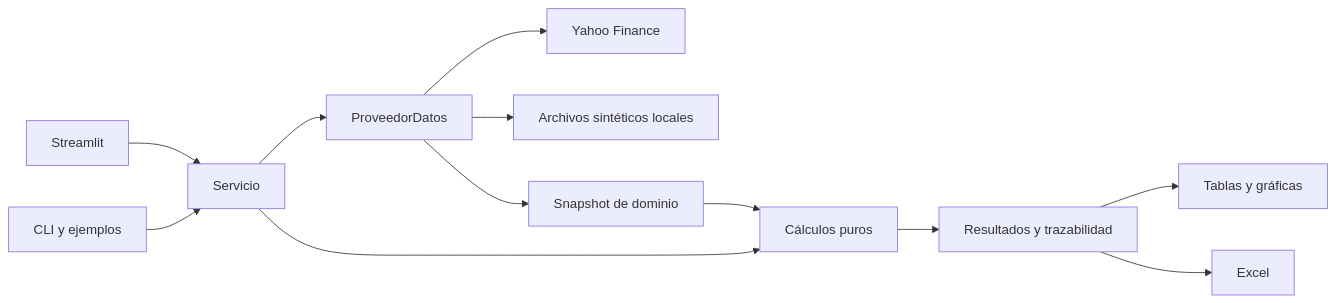
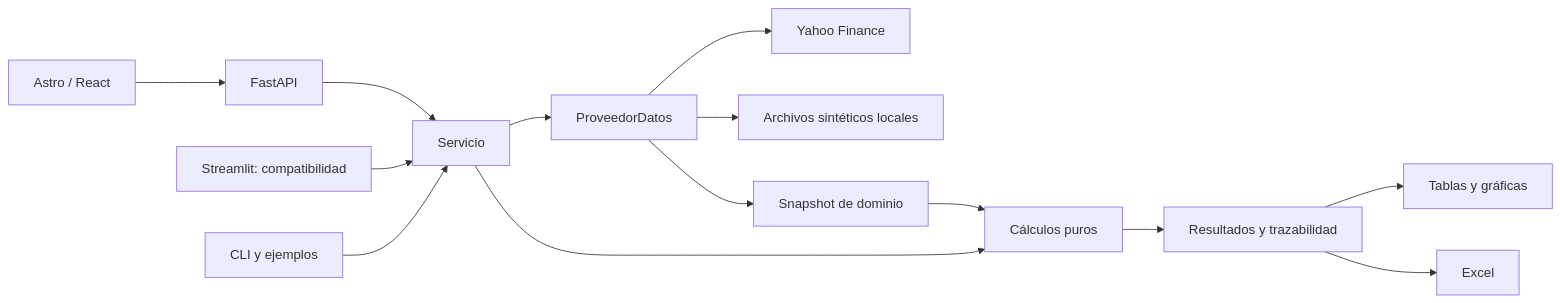
Before and after one commit to adndvlp/IntVal: the diagram in README.md, drawn with Mermaid. The commit also changed other lines of this file and 46 other files, not shown here.

````diff
--- a/README.md
+++ b/README.md
@@ -77,14 +82,16 @@
 ```mermaid
 flowchart LR
-    UI[Streamlit] --> S[Servicio]
+    WEB[Astro / React] --> API[FastAPI]
+    API --> S[Servicio]
+    UI[Streamlit: compatibilidad] --> S
     CLI[CLI y ejemplos] --> S
     S --> P[ProveedorDatos]
     P --> Y[Yahoo Finance]
     P --> D[Archivos sintéticos locales]
     P --> SNAP[Snapshot de dominio]
     SNAP --> C[Cálculos puros]
     S --> C
     C --> R[Resultados y trazabilidad]
     R --> V[Tablas y gráficas]
     R --> E[Excel]
 ```
````
